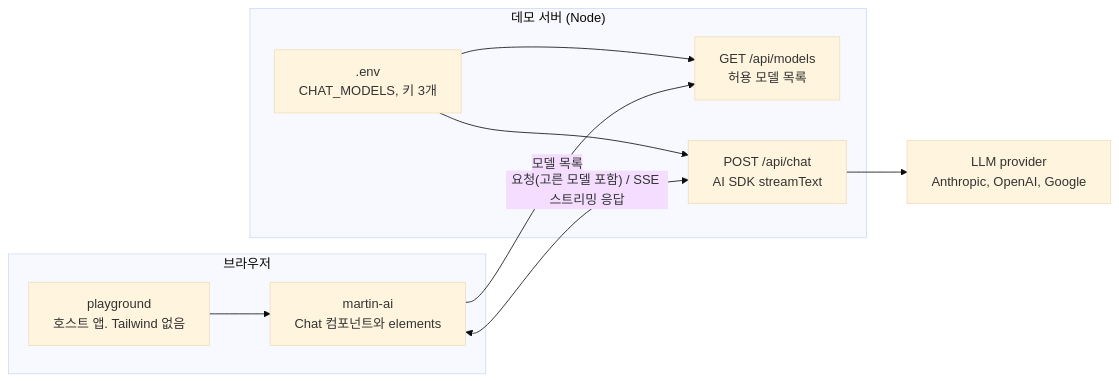
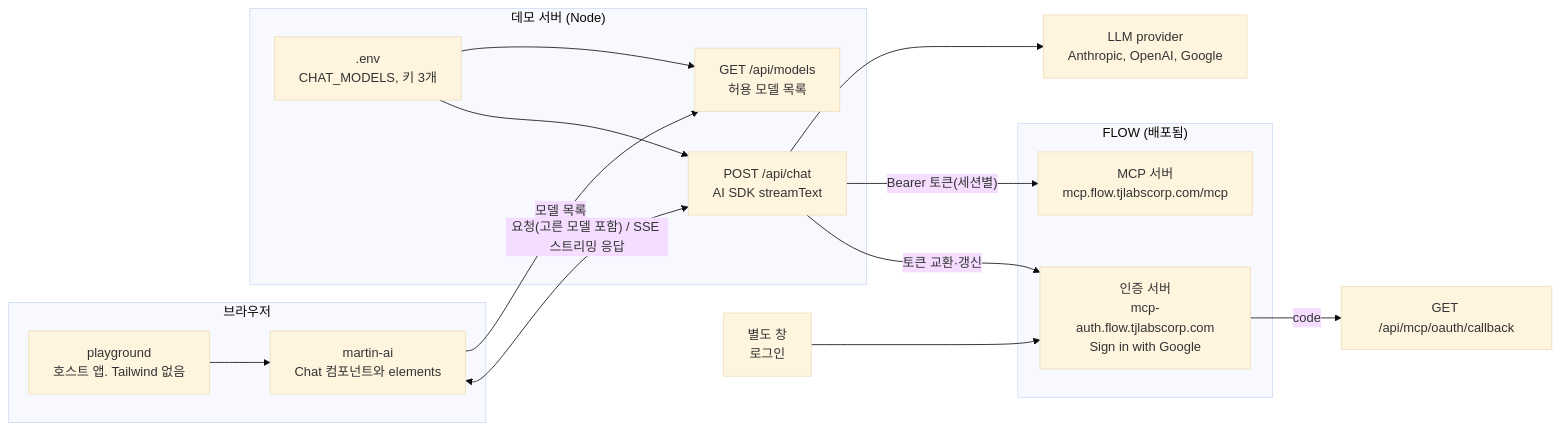
Before and after one commit to martin-tjlabs/martin-ai: the diagram in docs/martin-ai-spec.md, drawn with Mermaid (base theme). The commit also changed other lines of this file, not shown here.

Commit message:
docs: add FLOW MCP connection (V6) to the spec

````diff
--- a/docs/martin-ai-spec.md
+++ b/docs/martin-ai-spec.md
@@ -74,19 +78,27 @@
 ```mermaid
 flowchart LR
   subgraph browser["브라우저"]
     playground["playground<br/>호스트 앱. Tailwind 없음"]
     martin["martin-ai<br/>Chat 컴포넌트와 elements"]
     playground --> martin
   end
   subgraph server["데모 서버 (Node)"]
     env[".env<br/>CHAT_MODELS, 키 3개"]
     models["GET /api/models<br/>허용 모델 목록"]
     api["POST /api/chat<br/>AI SDK streamText"]
     env --> models
     env --> api
   end
   llm["LLM provider<br/>Anthropic, OpenAI, Google"]
+  subgraph flow["FLOW (배포됨)"]
+    mcp["MCP 서버<br/>mcp.flow.tjlabscorp.com/mcp"]
+    authsrv["인증 서버<br/>mcp-auth.flow.tjlabscorp.com<br/>Sign in with Google"]
+  end
   martin -->|"모델 목록"| models
   martin <-->|"요청(고른 모델 포함) / SSE 스트리밍 응답"| api
   api --> llm
+  api -->|"Bearer 토큰(세션별)"| mcp
+  api -->|"토큰 교환·갱신"| authsrv
+  popup["별도 창<br/>로그인"] --> authsrv
+  authsrv -->|"code"| callback["GET /api/mcp/oauth/callback"]
 ```
````
